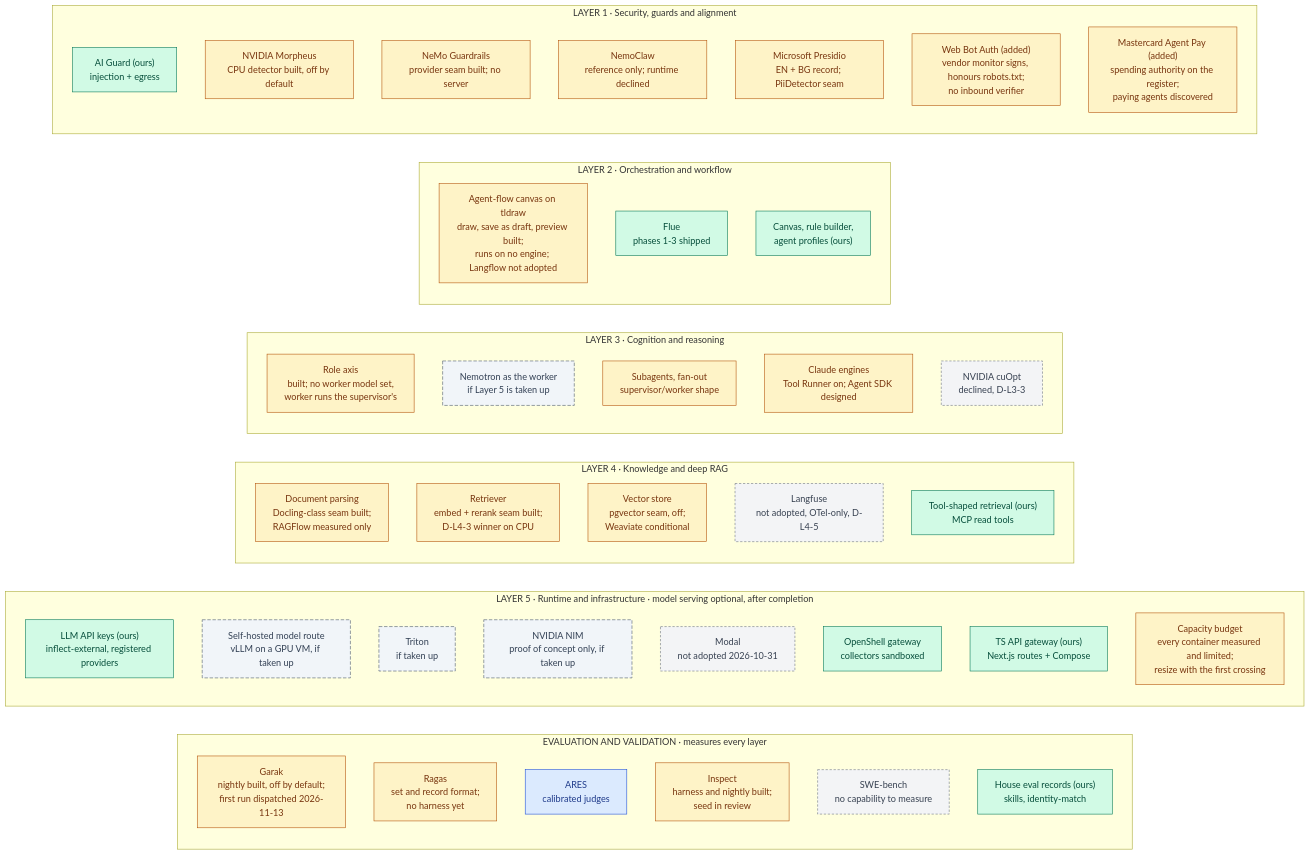
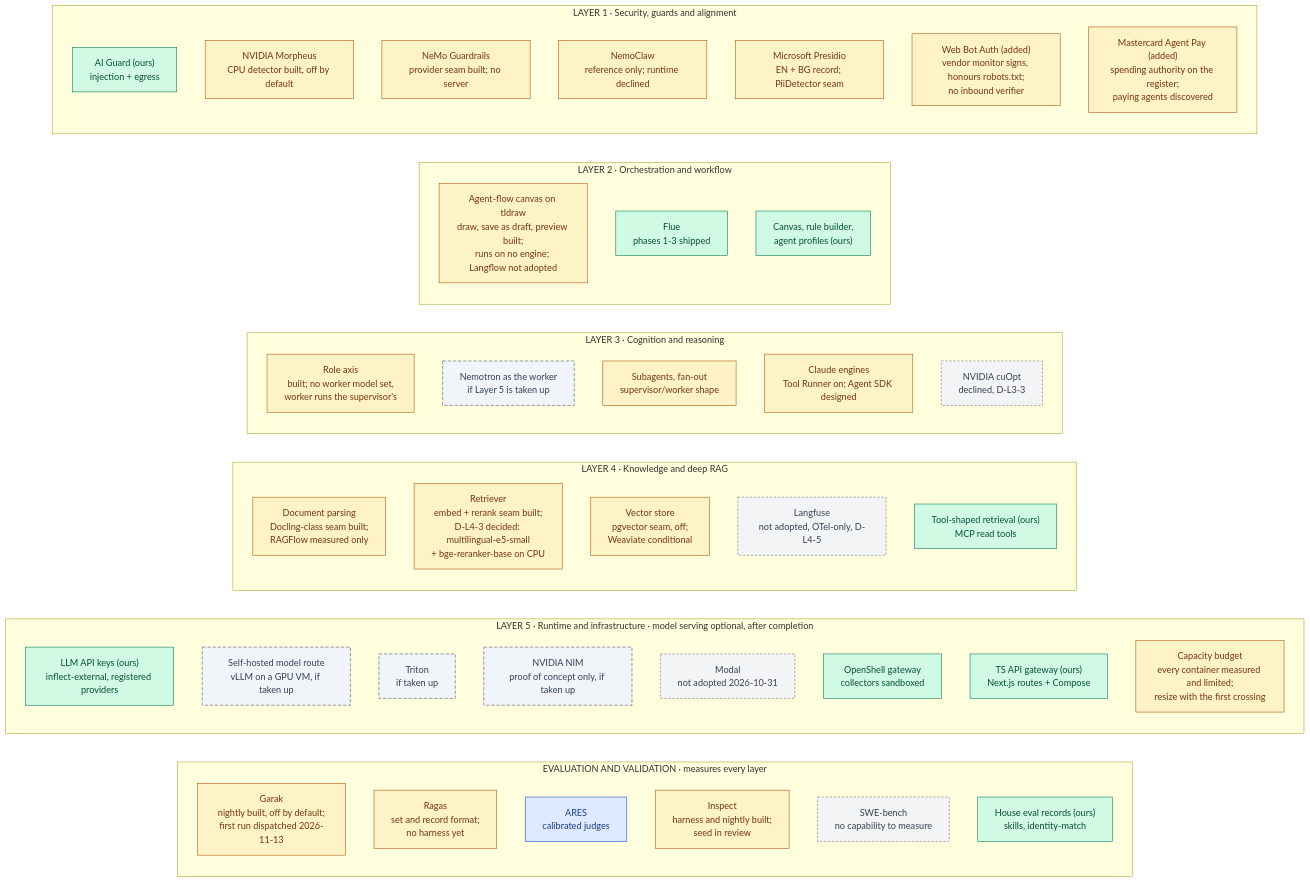
Before and after one commit to RodnaPamet/inflect-compliance: the first of 5 diagrams in docs/ai-architecture-roadmap.md, drawn with Mermaid. The commit also changed other lines of this file and 3 other files, not shown here.

````diff
--- a/docs/ai-architecture-roadmap.md
+++ b/docs/ai-architecture-roadmap.md
@@ -63,66 +63,66 @@
 ```mermaid
 flowchart LR
   subgraph EV["EVALUATION AND VALIDATION · measures every layer"]
     direction TB
     GA["Garak<br/>nightly built, off by default;<br/>first run dispatched 2026-11-13"]:::partial
     RA["Ragas<br/>set and record format;<br/>no harness yet"]:::partial
     AR["ARES<br/>calibrated judges"]:::todo
     IS["Inspect<br/>harness and nightly built;<br/>seed in review"]:::partial
     SB["SWE-bench<br/>no capability to measure"]:::declined
     HR["House eval records (ours)<br/>skills, identity-match"]:::done
   end
 
   subgraph L5["LAYER 5 · Runtime and infrastructure · model serving optional, after completion"]
     direction TB
     API["LLM API keys (ours)<br/>inflect-external, registered providers"]:::done
     MD["Self-hosted model route<br/>vLLM on a GPU VM, if taken up"]:::optional
     TT["Triton<br/>if taken up"]:::optional
     NIM["NVIDIA NIM<br/>proof of concept only, if taken up"]:::optional
     MO5["Modal<br/>not adopted 2026-10-31"]:::declined
     OS["OpenShell gateway<br/>collectors sandboxed"]:::done
     GW["TS API gateway (ours)<br/>Next.js routes + Compose"]:::done
     CAP["Capacity budget<br/>every container measured and limited;<br/>resize with the first crossing"]:::partial
   end
 
   subgraph L4["LAYER 4 · Knowledge and deep RAG"]
     direction TB
     RF["Document parsing<br/>Docling-class seam built;<br/>RAGFlow measured only"]:::partial
-    RT["Retriever<br/>embed + rerank seam built;<br/>D-L4-3 winner on CPU"]:::partial
+    RT["Retriever<br/>embed + rerank seam built;<br/>D-L4-3 decided: multilingual-e5-small<br/>+ bge-reranker-base on CPU"]:::partial
     WV["Vector store<br/>pgvector seam, off;<br/>Weaviate conditional"]:::partial
     LU["Langfuse<br/>not adopted, OTel-only, D-L4-5"]:::declined
     TR["Tool-shaped retrieval (ours)<br/>MCP read tools"]:::done
   end
 
   subgraph L3["LAYER 3 · Cognition and reasoning"]
     direction TB
     NR["Role axis<br/>built; no worker model set,<br/>worker runs the supervisor's"]:::partial
     NW["Nemotron as the worker<br/>if Layer 5 is taken up"]:::optional
     SW["Subagents, fan-out<br/>supervisor/worker shape"]:::partial
     CL["Claude engines<br/>Tool Runner on; Agent SDK designed"]:::partial
     CO["NVIDIA cuOpt<br/>declined, D-L3-3"]:::declined
   end
 
   subgraph L2["LAYER 2 · Orchestration and workflow"]
     direction TB
     LF["Agent-flow canvas on tldraw<br/>draw, save as draft, preview built;<br/>runs on no engine; Langflow not adopted"]:::partial
     FL["Flue<br/>phases 1-3 shipped"]:::done
     CV["Canvas, rule builder,<br/>agent profiles (ours)"]:::done
   end
 
   subgraph L1["LAYER 1 · Security, guards and alignment"]
     direction TB
     AG["AI Guard (ours)<br/>injection + egress"]:::done
     MO["NVIDIA Morpheus<br/>CPU detector built, off by default"]:::partial
     NG["NeMo Guardrails<br/>provider seam built; no server"]:::partial
     NC["NemoClaw<br/>reference only; runtime declined"]:::partial
     PR["Microsoft Presidio<br/>EN + BG record; PiiDetector seam"]:::partial
     WB["Web Bot Auth (added)<br/>vendor monitor signs, honours robots.txt;<br/>no inbound verifier"]:::partial
     MA["Mastercard Agent Pay (added)<br/>spending authority on the register;<br/>paying agents discovered"]:::partial
   end
 
   classDef done fill:#d1fae5,stroke:#047857,color:#064e3b
   classDef partial fill:#fef3c7,stroke:#b45309,color:#78350f
   classDef todo fill:#dbeafe,stroke:#1d4ed8,color:#1e3a8a
   classDef optional fill:#f1f5f9,stroke:#475569,color:#334155,stroke-dasharray:6 3
   classDef declined fill:#f3f4f6,stroke:#6b7280,color:#374151,stroke-dasharray:4 3
 ```
````
